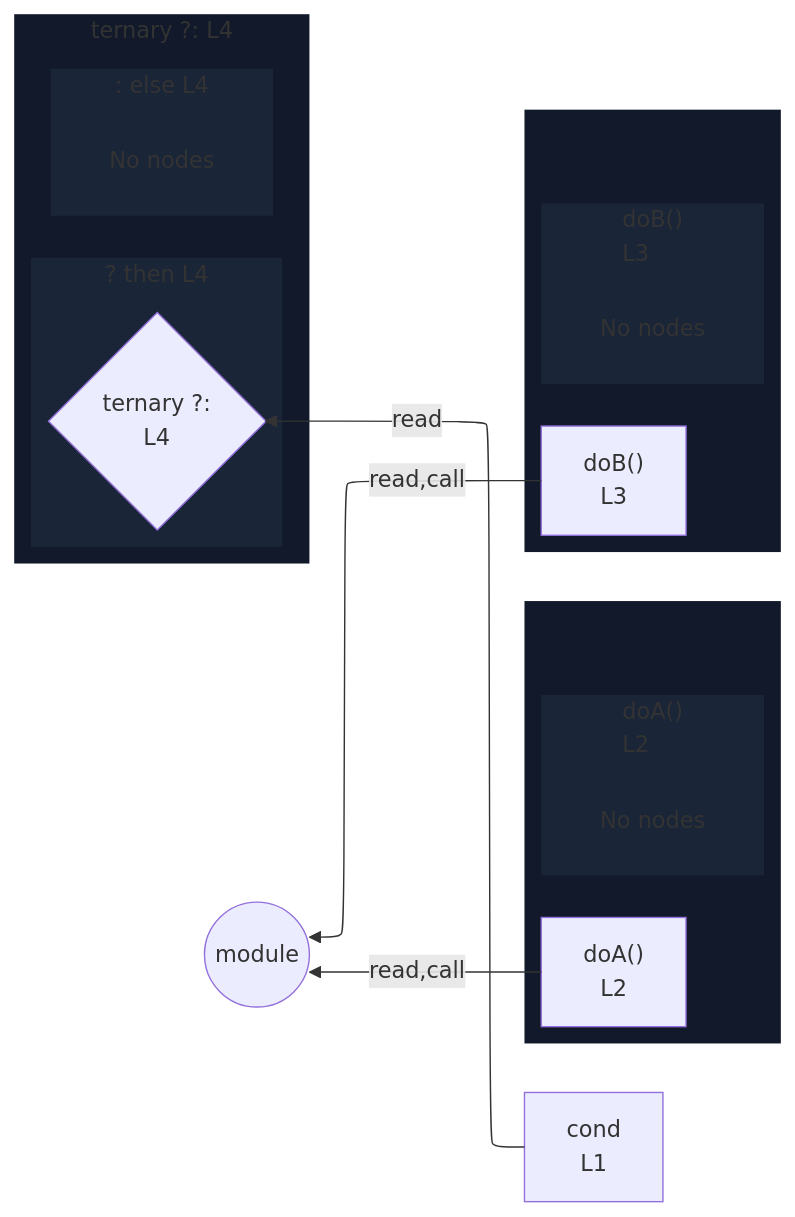
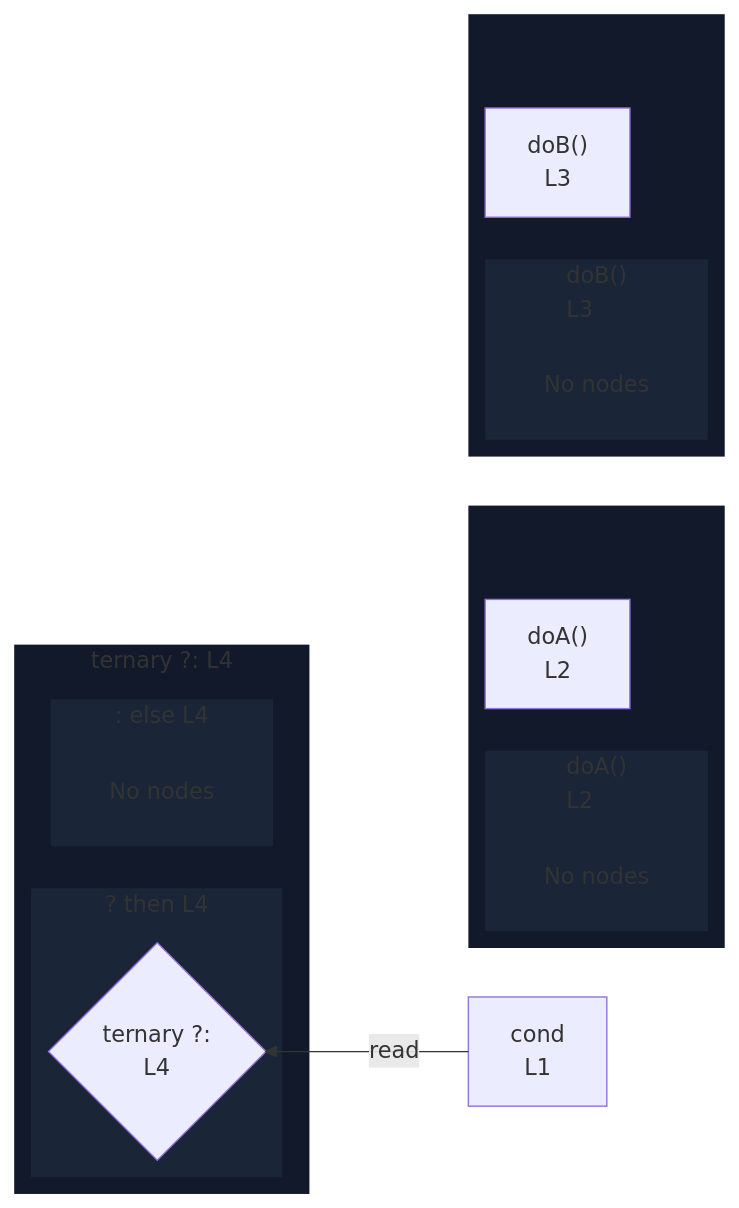
One commit to crescware/unsnarl changed the diagram in integration/fixtures/expression-statement/conditional-both-arms-call/preview.md. Above: the diagram before and after it, drawn with Mermaid. The commit also changed 15 other files, not shown here.

````diff
--- a/integration/fixtures/expression-statement/conditional-both-arms-call/preview.md
+++ b/integration/fixtures/expression-statement/conditional-both-arms-call/preview.md
@@ -14,49 +14,46 @@
 ```mermaid
 %%{init: {"flowchart": {"defaultRenderer": "elk"}}}%%
 flowchart RL
   n_scope_0_cond_6["cond<br/>L1"]
   subgraph wrap_s_scope_1[" "]
     direction TB
     n_scope_0_doA_28["doA()<br/>L2"]
     subgraph s_scope_1["doA()<br/>L2"]
       direction RL
       elk_empty_s_scope_1["No nodes"]
     end
   end
   subgraph wrap_s_scope_2[" "]
     direction TB
     n_scope_0_doB_46["doB()<br/>L3"]
     subgraph s_scope_2["doB()<br/>L3"]
       direction RL
       elk_empty_s_scope_2["No nodes"]
     end
   end
   subgraph cont_ternary_scope_0_55["ternary ?: L4"]
     direction RL
     subgraph s_scope_3["? then L4"]
       direction RL
       ternary_test_scope_0_55{"ternary ?:<br/>L4"}
     end
     subgraph s_scope_4[": else L4"]
       direction RL
       elk_empty_s_scope_4["No nodes"]
     end
   end
   n_scope_0_cond_6 -->|read| ternary_test_scope_0_55
-  n_scope_0_doA_28 -->|read,call| module_root
-  n_scope_0_doB_46 -->|read,call| module_root
-  module_root((module))
   classDef nestL1 fill:#11192a,stroke:transparent;
   class wrap_s_scope_1 nestL1;
   class wrap_s_scope_2 nestL1;
   class cont_ternary_scope_0_55 nestL1;
   classDef nestL2 fill:#1a2538,stroke:transparent;
   class s_scope_1 nestL2;
   class s_scope_2 nestL2;
   class s_scope_3 nestL2;
   class s_scope_4 nestL2;
   classDef elkEmptyPlaceholder fill:transparent,stroke:transparent;
   class elk_empty_s_scope_1 elkEmptyPlaceholder;
   class elk_empty_s_scope_2 elkEmptyPlaceholder;
   class elk_empty_s_scope_4 elkEmptyPlaceholder;
 ```
````
